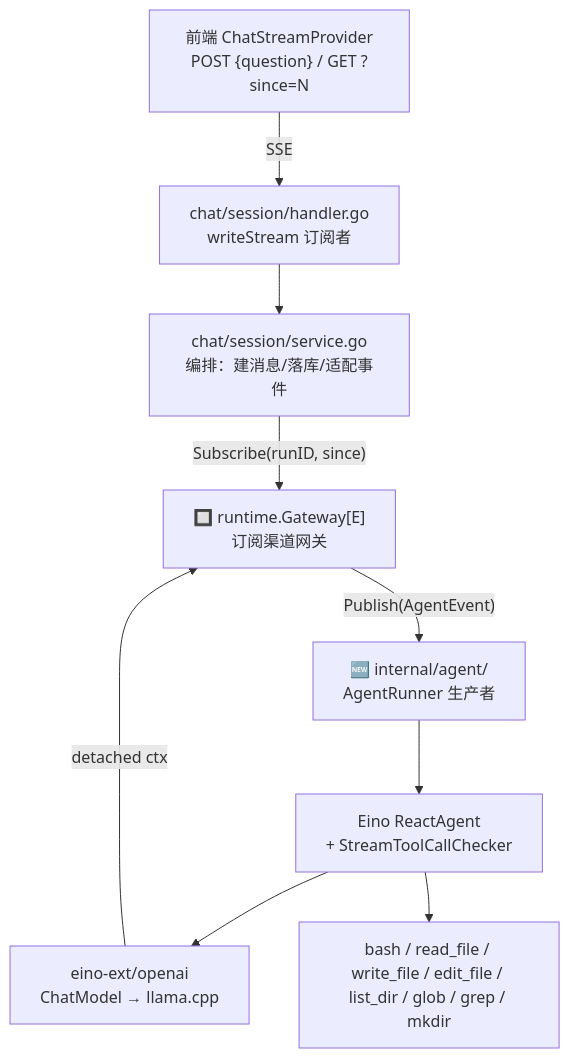
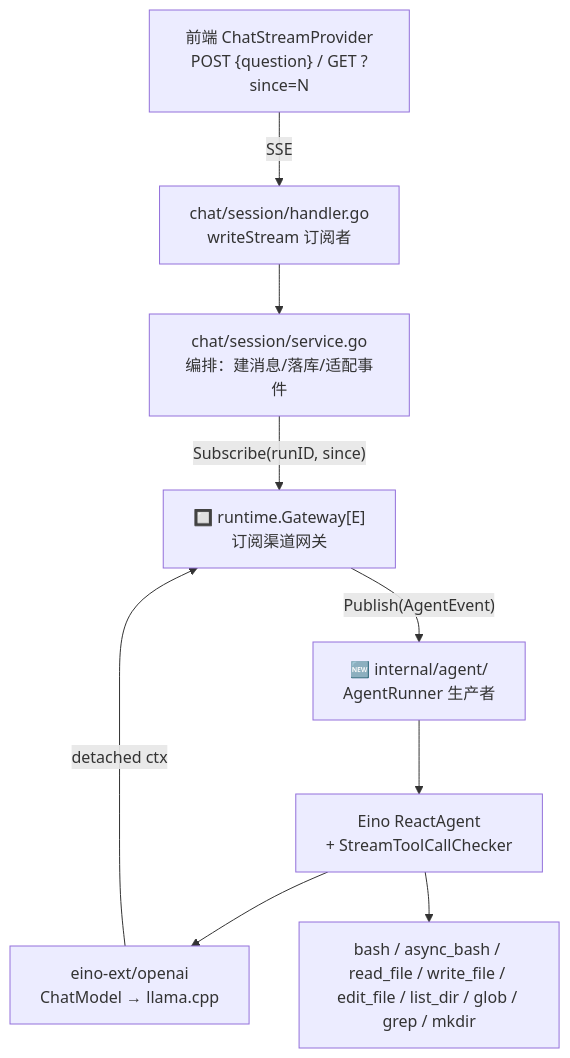
The diagram in docs/v1.3/tech.md (int2t05/Cognik), drawn with Mermaid before and after one commit. The commit also changed other lines of this file and 18 other files, not shown here.

````diff
--- a/docs/v1.3/tech.md
+++ b/docs/v1.3/tech.md
@@ -7,11 +7,11 @@
 ```mermaid
 flowchart TD
     FE["前端 ChatStreamProvider<br/>POST {question} / GET ?since=N"] -->|SSE| HD["chat/session/handler.go<br/>writeStream 订阅者"]
     HD --> SVC["chat/session/service.go<br/>编排：建消息/落库/适配事件"]
     SVC -->|"Subscribe(runID, since)"| GW["🔲 runtime.Gateway[E]<br/>订阅渠道网关"]
     GW -->|"Publish(AgentEvent)"| RUN["🆕 internal/agent/<br/>AgentRunner 生产者"]
     RUN --> AGENT["Eino ReactAgent<br/>+ StreamToolCallChecker"]
     AGENT --> MODEL["eino-ext/openai<br/>ChatModel → llama.cpp"]
-    AGENT --> TOOLS["bash / read_file / write_file / edit_file / list_dir / glob / grep / mkdir"]
+    AGENT --> TOOLS["bash / async_bash / read_file / write_file / edit_file / list_dir / glob / grep / mkdir"]
     MODEL -->|"detached ctx"| GW
 ```
````
